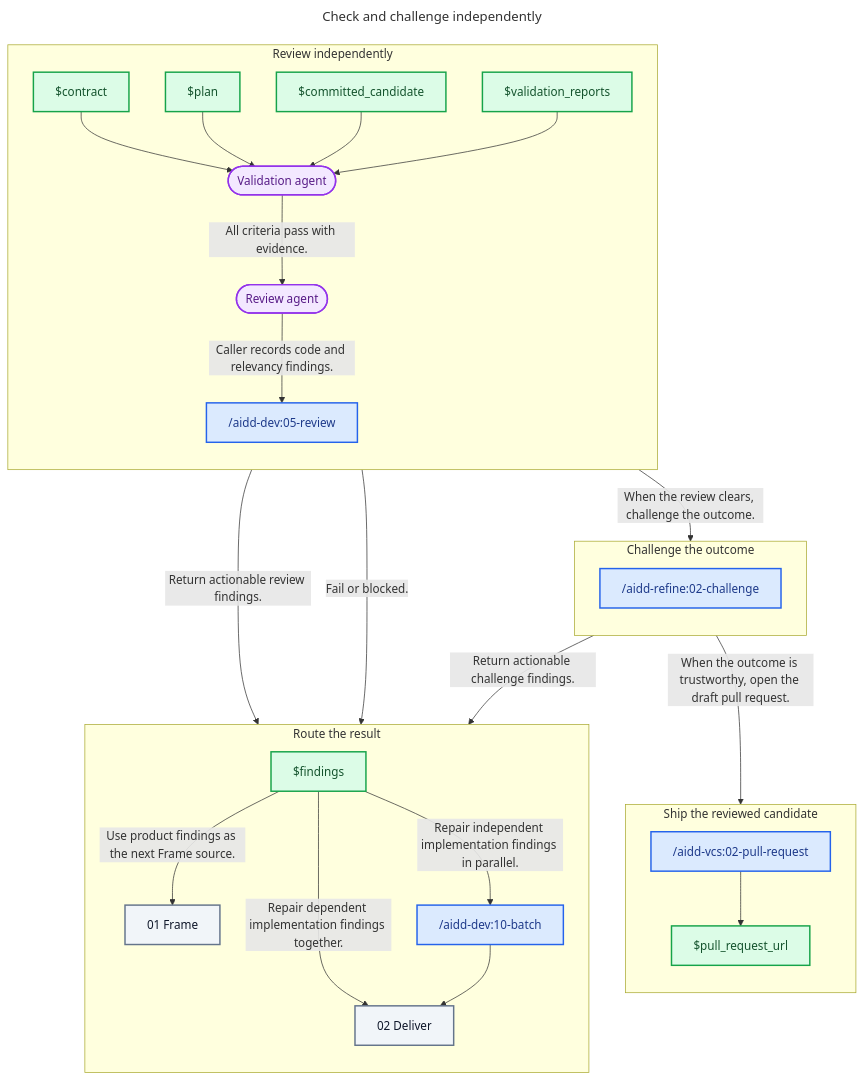
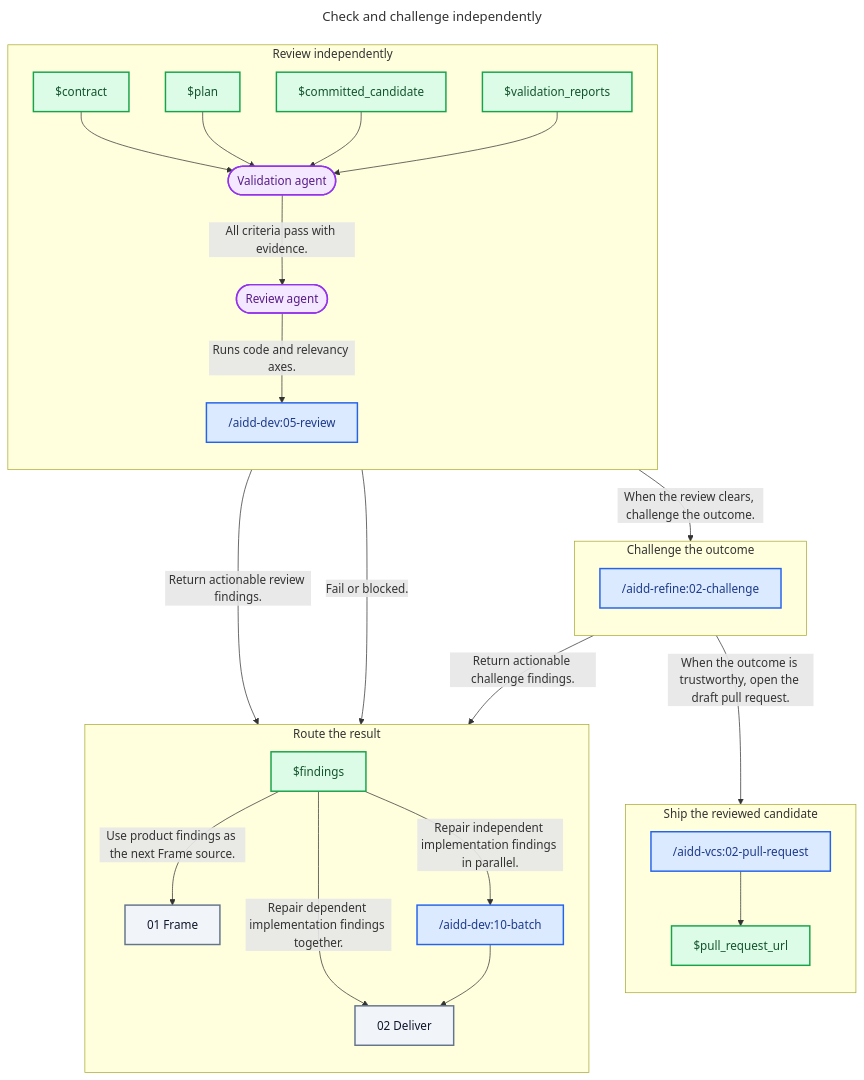
The diagram in plugins/aidd-orchestrator/skills/01-sdlc/references/03-check.md (ai-driven-dev/framework), drawn with Mermaid before and after one commit. The commit also changed other lines of this file and 4 other files, not shown here.

````diff
--- a/plugins/aidd-orchestrator/skills/01-sdlc/references/03-check.md
+++ b/plugins/aidd-orchestrator/skills/01-sdlc/references/03-check.md
@@ -23,62 +23,62 @@
 ```mermaid
 ---
 title: Check and challenge independently
 ---
 flowchart TD
   subgraph ReviewStage["Review independently"]
     direction TB
     Contract["$contract"]
     Plan["$plan"]
     CommittedCandidate["$committed_candidate"]
     ValidationReports["$validation_reports"]
     Validator(["Validation agent"])
     Reviewer(["Review agent"])
     Review["/aidd-dev:05-review"]
   end
 
   subgraph ChallengeStage["Challenge the outcome"]
     direction TB
     Challenge["/aidd-refine:02-challenge"]
   end
 
   subgraph RouteStage["Route the result"]
     direction TB
     Findings["$findings"]
     Frame["01 Frame"]
     Batch["/aidd-dev:10-batch"]
     Deliver["02 Deliver"]
   end
 
   subgraph ShipStage["Ship the reviewed candidate"]
     direction TB
     PullRequest["/aidd-vcs:02-pull-request"]
     PullRequestUrl["$pull_request_url"]
   end
 
   Contract --> Validator
   Plan --> Validator
   CommittedCandidate --> Validator
   ValidationReports --> Validator
   Validator -- "All criteria pass with evidence." --> Reviewer
   Validator -- "Fail or blocked." --> Findings
-  Reviewer -- "Caller records code and relevancy findings." --> Review
+  Reviewer -- "Runs code and relevancy axes." --> Review
   Review -- "Return actionable review findings." --> Findings
   Review -- "When the review clears, challenge the outcome." --> Challenge
   Challenge -- "Return actionable challenge findings." --> Findings
   Challenge -- "When the outcome is trustworthy, open the draft pull request." --> PullRequest
   Findings -- "Use product findings as the next Frame source." --> Frame
   Findings -- "Repair independent implementation findings in parallel." --> Batch
   Findings -- "Repair dependent implementation findings together." --> Deliver
   Batch --> Deliver
   PullRequest --> PullRequestUrl
 
   classDef skill fill:#DBEAFE,stroke:#2563EB,color:#1E3A8A,stroke-width:2px
   classDef agent fill:#F3E8FF,stroke:#9333EA,color:#581C87,stroke-width:2px
   classDef artifact fill:#DCFCE7,stroke:#16A34A,color:#14532D,stroke-width:2px
   classDef zone fill:#F1F5F9,stroke:#64748B,color:#0F172A,stroke-width:2px
 
   class Review,Challenge,Batch,PullRequest skill
   class Reviewer,Validator agent
   class Contract,Plan,CommittedCandidate,ValidationReports,Findings,PullRequestUrl artifact
   class Frame,Deliver zone
 ```
````
